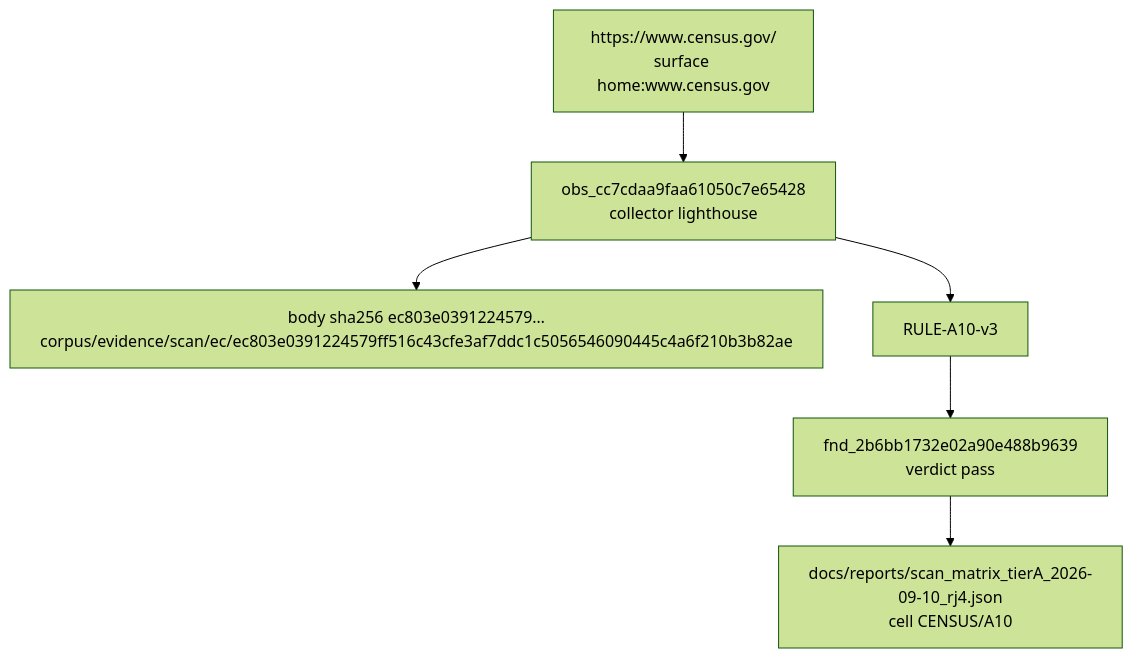
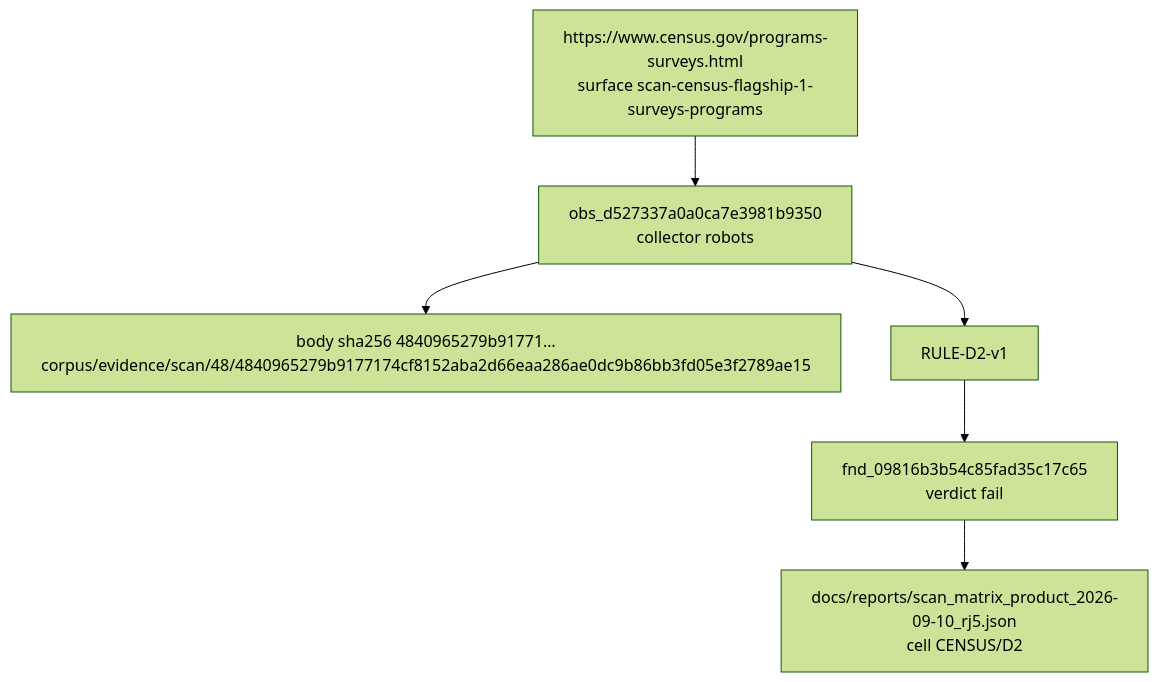
One commit to brockwebb/ai-readiness-kg changed the third of 4 diagrams in docs/brief/E_architecture.md. Above: the diagram before and after it, drawn with Mermaid (forest theme). The commit also changed other lines of this file and 187 other files, not shown here.

````diff
--- a/docs/brief/E_architecture.md
+++ b/docs/brief/E_architecture.md
@@ -88,8 +88,8 @@
 ```mermaid
 flowchart TB
-  u["https://www.census.gov/<br/>surface home:www.census.gov"] --> o["obs_cc7cdaa9faa61050c7e65428<br/>collector lighthouse"]
-  o --> b["body sha256 ec803e0391224579…<br/>corpus/evidence/scan/ec/ec803e0391224579ff516c43cfe3af7ddc1c5056546090445c4a6f210b3b82ae"]
-  o --> r["RULE-A10-v3"]
-  r --> f["fnd_2b6bb1732e02a90e488b9639<br/>verdict pass"]
-  f --> m["docs/reports/scan_matrix_tierA_2026-09-10_rj4.json<br/>cell CENSUS/A10"]
+  u["https://www.census.gov/programs-surveys.html<br/>surface scan-census-flagship-1-surveys-programs"] --> o["obs_d527337a0a0ca7e3981b9350<br/>collector robots"]
+  o --> b["body sha256 4840965279b91771…<br/>corpus/evidence/scan/48/4840965279b9177174cf8152aba2d66eaa286ae0dc9b86bb3fd05e3f2789ae15"]
+  o --> r["RULE-D2-v1"]
+  r --> f["fnd_09816b3b54c85fad35c17c65<br/>verdict fail"]
+  f --> m["docs/reports/scan_matrix_product_2026-09-10_rj5.json<br/>cell CENSUS/D2"]
 ```
````
